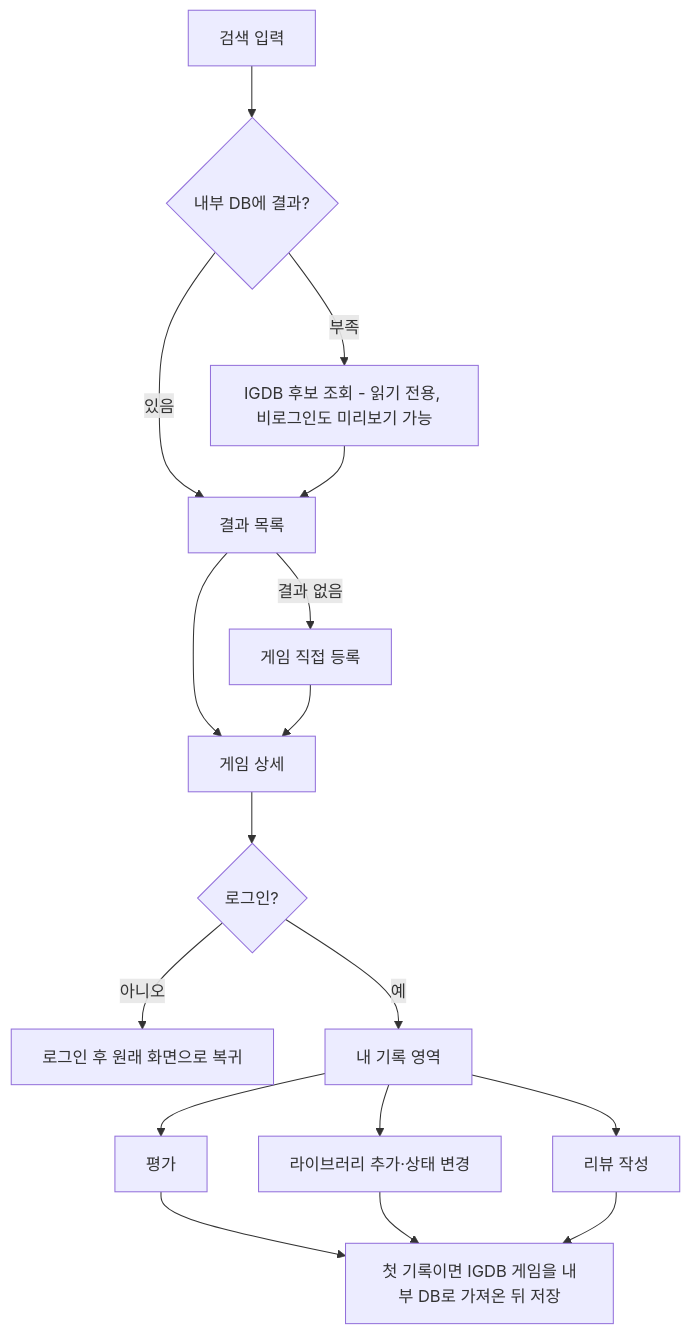
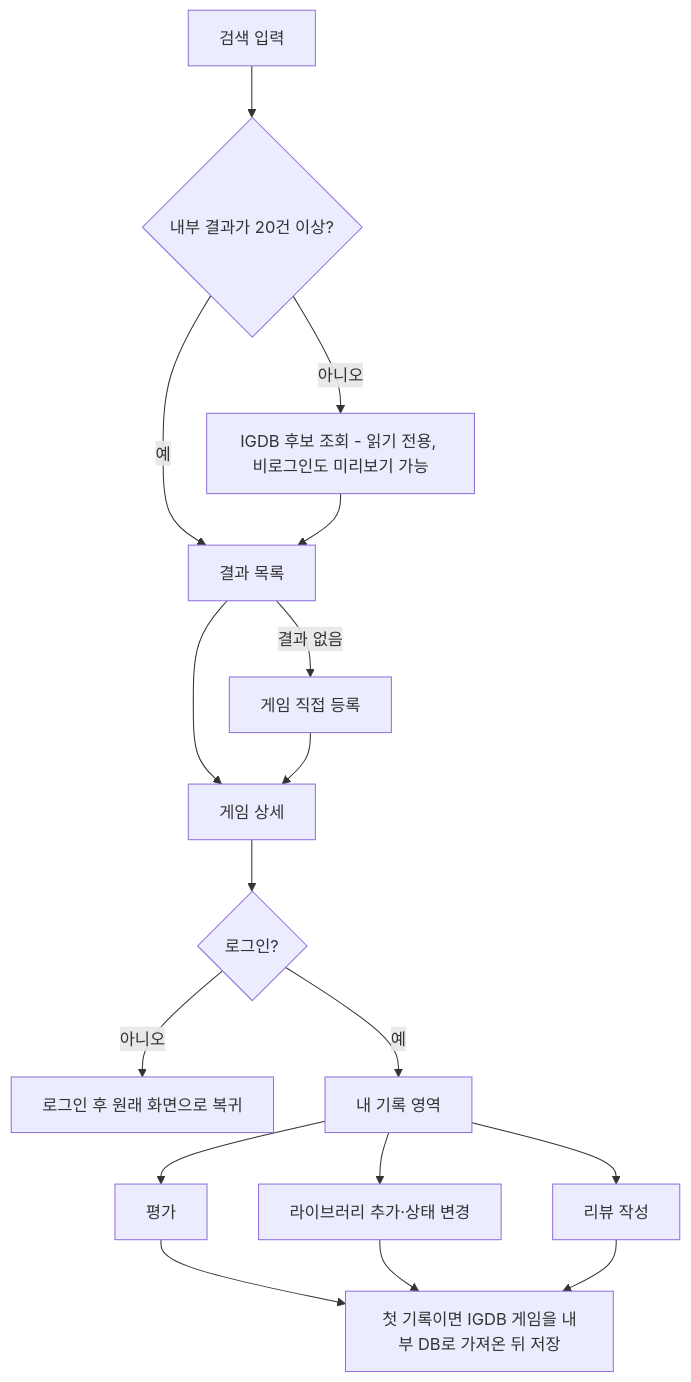
One commit to GiToon10100011/savepoint changed the first of 2 diagrams in docs/product/user-flows.md. Above: the diagram before and after it, drawn with Mermaid.

Commit message:
docs(design): 검색 플로우 분기를 20건 기준과 예/아니오 라벨로 명확화 (CodeRabbit 반영)

````diff
--- a/docs/product/user-flows.md
+++ b/docs/product/user-flows.md
@@ -130,18 +130,18 @@
 ```mermaid
 flowchart TD
-  A[검색 입력] --> B{내부 DB에 결과?}
-  B -- 있음 --> D[결과 목록]
-  B -- 부족 --> C[IGDB 후보 조회 - 읽기 전용, 비로그인도 미리보기 가능] --> D
+  A[검색 입력] --> B{내부 결과가 20건 이상?}
+  B -- 예 --> D[결과 목록]
+  B -- 아니오 --> C[IGDB 후보 조회 - 읽기 전용, 비로그인도 미리보기 가능] --> D
   D -- 결과 없음 --> M[게임 직접 등록]
   D --> E[게임 상세]
   M --> E
   E --> F{로그인?}
   F -- 아니오 --> L[로그인 후 원래 화면으로 복귀]
   F -- 예 --> G[내 기록 영역]
   G --> G1[평가]
   G --> G2[라이브러리 추가·상태 변경]
   G --> G3[리뷰 작성]
   G1 --> I[첫 기록이면 IGDB 게임을 내부 DB로 가져온 뒤 저장]
   G2 --> I
   G3 --> I
 ```
````
